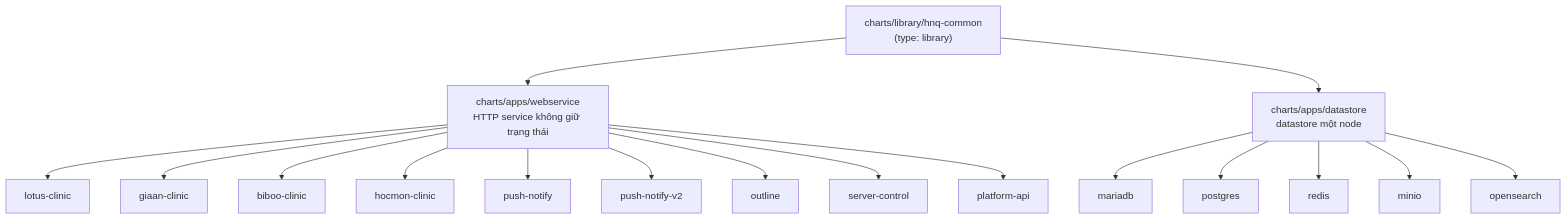
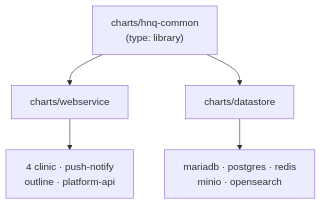
The second of 4 diagrams in docs/REFACTOR_PLAN.md (hunho247/HNQ-Infra), drawn with Mermaid before and after one commit. The commit also changed other lines of this file and 3 other files, not shown here.

````diff
--- a/docs/REFACTOR_PLAN.md
+++ b/docs/REFACTOR_PLAN.md
@@ -656,26 +437,12 @@
 ```mermaid
 flowchart TD
-  LIB["charts/library/hnq-common<br/>(type: library)"]
-
-  WS["charts/apps/webservice<br/>HTTP service không giữ trạng thái"]
-  DS["charts/apps/datastore<br/>datastore một node"]
+  LIB["charts/hnq-common<br/>(type: library)"]
+  WS["charts/webservice"]
+  DS["charts/datastore"]
 
   LIB --> WS
   LIB --> DS
 
-  WS --> T1[lotus-clinic]
-  WS --> T2[giaan-clinic]
-  WS --> T3[biboo-clinic]
-  WS --> T4[hocmon-clinic]
-  WS --> T5[push-notify]
-  WS --> T6[push-notify-v2]
-  WS --> T7[outline]
-  WS --> T8[server-control]
-  WS --> T9[platform-api]
-
-  DS --> D1[mariadb]
-  DS --> D2[postgres]
-  DS --> D3[redis]
-  DS --> D4[minio]
-  DS --> D5[opensearch]
+  WS --> A["4 clinic · push-notify<br/>outline · platform-api"]
+  DS --> B["mariadb · postgres · redis<br/>minio · opensearch"]
 ```
````
